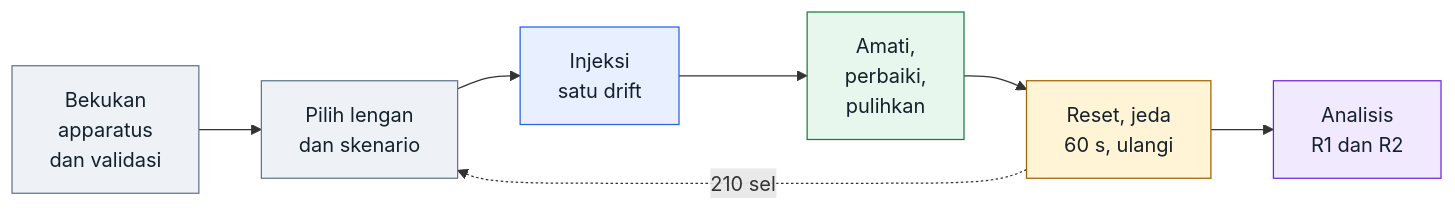
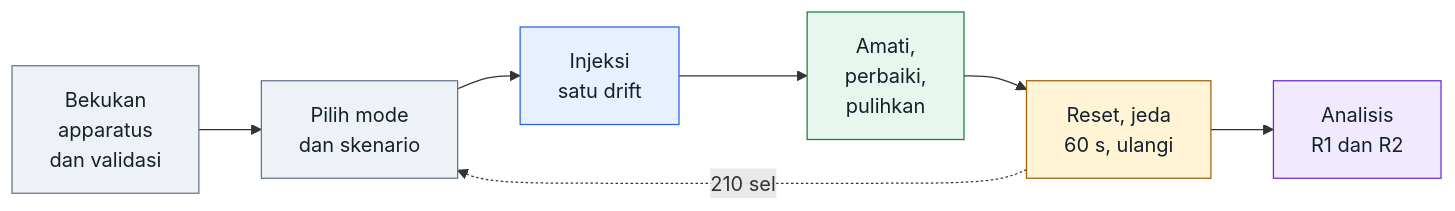
One commit to vityasyyy/skripsi changed the diagram in content/skripsi/diagrams/src/fig-pipeline.mmd. Above: the diagram before and after it, drawn with Mermaid. The commit also changed 62 other files, not shown here.

```diff
--- a/content/skripsi/diagrams/src/fig-pipeline.mmd
+++ b/content/skripsi/diagrams/src/fig-pipeline.mmd
@@ -1,14 +1,14 @@
 flowchart LR
-  A["Bekukan<br/>apparatus<br/>dan validasi"] --> B["Pilih lengan<br/>dan skenario"] --> C["Injeksi<br/>satu drift"] --> D["Amati,<br/>perbaiki,<br/>pulihkan"] --> E["Reset, jeda<br/>60 s, ulangi"]
+  A["Bekukan<br/>apparatus<br/>dan validasi"] --> B["Pilih mode<br/>dan skenario"] --> C["Injeksi<br/>satu drift"] --> D["Amati,<br/>perbaiki,<br/>pulihkan"] --> E["Reset, jeda<br/>60 s, ulangi"]
   E -. "210 sel" .-> B
   E --> F["Analisis<br/>R1 dan R2"]
   classDef prep fill:#eef2f7,stroke:#64748b,color:#14212b;
   classDef obs fill:#e8f0ff,stroke:#2563eb,color:#14212b;
   classDef fix fill:#e7f7ed,stroke:#15803d,color:#14212b;
   classDef reset fill:#fff4d6,stroke:#a16207,color:#14212b;
   classDef analysis fill:#f1eaff,stroke:#6d28d9,color:#14212b;
   class A,B prep;
   class C obs;
   class D fix;
   class E reset;
   class F analysis;
```
